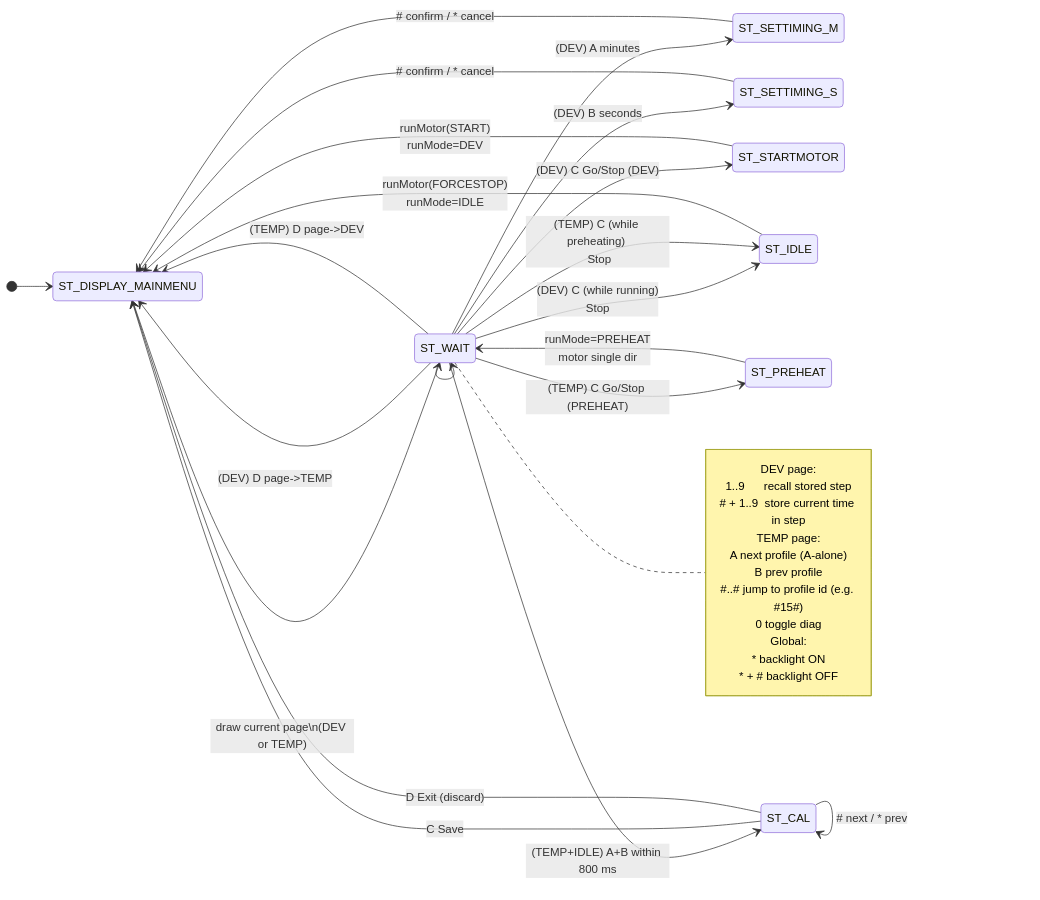
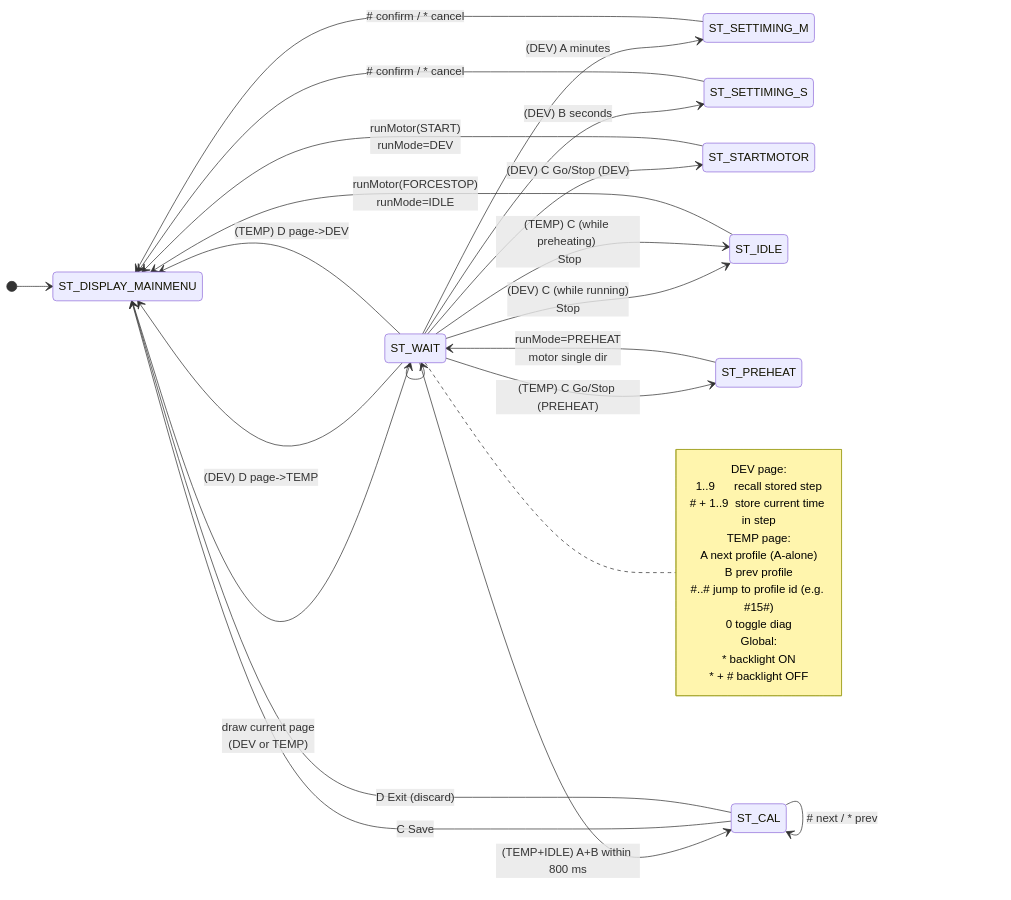
One commit to lese66/fpp changed the first of 2 diagrams in README.md. Above: the diagram before and after it, drawn with Mermaid. The commit also changed other lines of this file, not shown here.

````diff
--- a/README.md
+++ b/README.md
@@ -203,58 +203,58 @@
 ```mermaid
 stateDiagram-v2
     direction LR
 
     [*] --> ST_DISPLAY_MAINMENU
-    ST_DISPLAY_MAINMENU --> ST_WAIT: draw current page\n(DEV or TEMP)
+    ST_DISPLAY_MAINMENU --> ST_WAIT: draw current page<br/> (DEV or TEMP)
 
     %% -------------------------
     %% DEV PAGE (PAGE_DEV)
     %% -------------------------
     ST_WAIT --> ST_SETTIMING_M: (DEV) A minutes
     ST_WAIT --> ST_SETTIMING_S: (DEV) B seconds
     ST_WAIT --> ST_STARTMOTOR:  (DEV) C Go/Stop (DEV)
     ST_WAIT --> ST_DISPLAY_MAINMENU: (DEV) D page->TEMP
 
     ST_SETTIMING_M --> ST_DISPLAY_MAINMENU: # confirm / * cancel
     ST_SETTIMING_S --> ST_DISPLAY_MAINMENU: # confirm / * cancel
 
     ST_STARTMOTOR --> ST_DISPLAY_MAINMENU: runMotor(START) <br/> runMode=DEV
     ST_WAIT --> ST_IDLE: (DEV) C (while running) <br/> Stop
     ST_IDLE --> ST_DISPLAY_MAINMENU: runMotor(FORCESTOP) <br/> runMode=IDLE
 
     %% -------------------------
     %% TEMP PAGE (PAGE_TEMP)
     %% -------------------------
     ST_WAIT --> ST_PREHEAT: (TEMP) C Go/Stop (PREHEAT)
     ST_PREHEAT --> ST_WAIT: runMode=PREHEAT <br/> motor single dir
     ST_WAIT --> ST_IDLE: (TEMP) C (while preheating) <br/> Stop
 
     ST_WAIT --> ST_DISPLAY_MAINMENU: (TEMP) D page->DEV
 
     %% -------------------------
     %% CALIBRATION (TEMP only)
     %% -------------------------
     ST_WAIT --> ST_CAL: (TEMP+IDLE) A+B within 800 ms
     ST_CAL --> ST_DISPLAY_MAINMENU: C Save
     ST_CAL --> ST_DISPLAY_MAINMENU: D Exit (discard)
     ST_CAL --> ST_CAL: A +0.1 / B -0.1
     ST_CAL --> ST_CAL: # next / * prev
 
     %% keep the loop explicit (Mermaid likes it)
     ST_WAIT --> ST_WAIT
 
     note right of ST_WAIT
       DEV page:
         1..9      recall stored step
         # + 1..9  store current time in step
       TEMP page:
         A next profile (A-alone)
         B prev profile
         #..# jump to profile id (e.g. #15#)
         0 toggle diag
       Global:
         * backlight ON
         * + # backlight OFF
     end note
 
 ```
````
